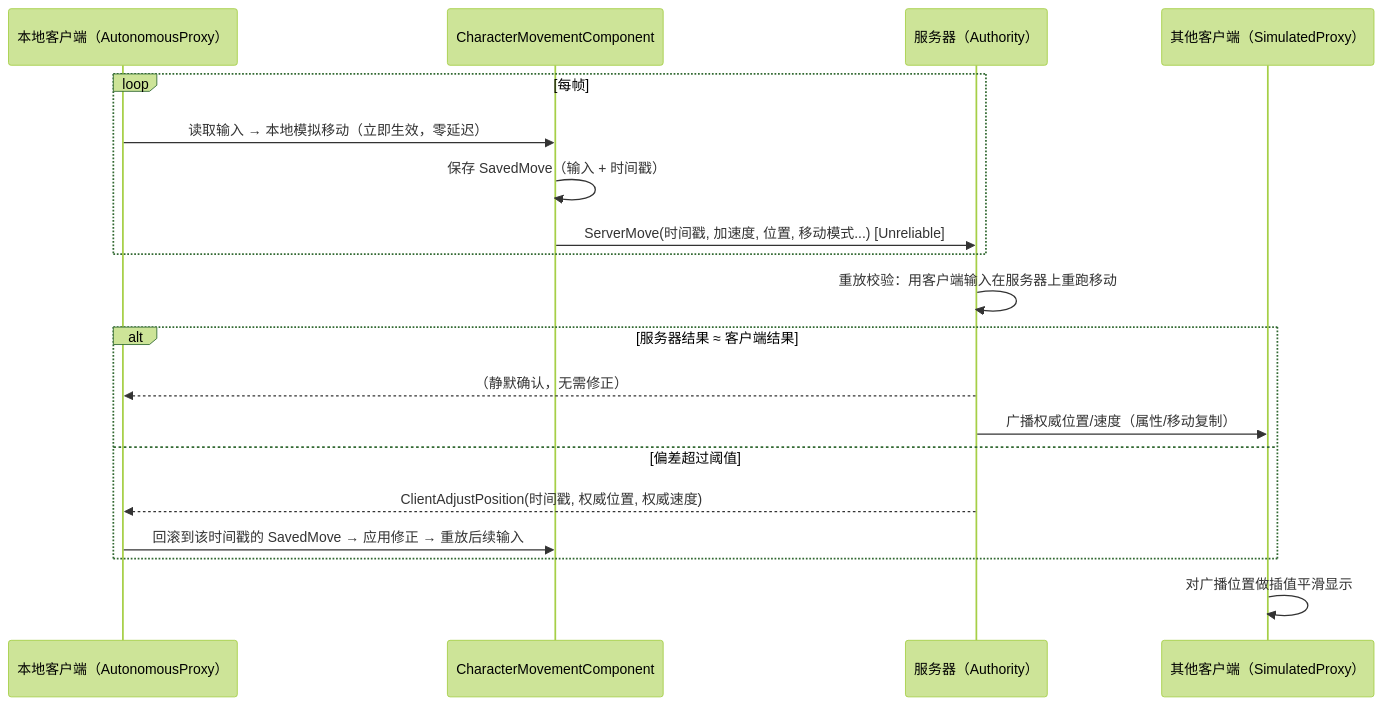
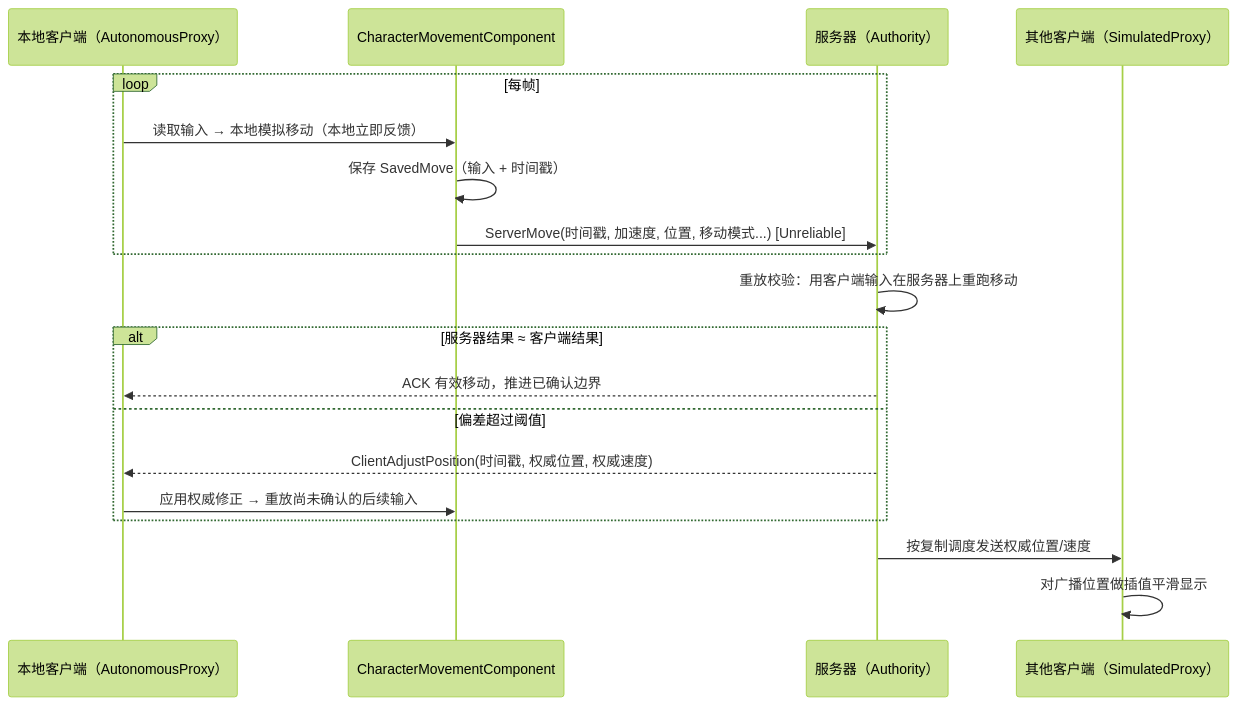
Before and after one commit to fantuan812/learning: the first of 2 diagrams in 游戏知识/06-网络同步/03-客户端预测与延迟补偿.md, drawn with Mermaid (forest theme). The commit also changed other lines of this file and 5 other files, not shown here.

````diff
--- a/游戏知识/06-网络同步/03-客户端预测与延迟补偿.md
+++ b/游戏知识/06-网络同步/03-客户端预测与延迟补偿.md
@@ -59,22 +67,22 @@
 ```mermaid
 sequenceDiagram
     participant L as 本地客户端（AutonomousProxy）
     participant CMC as CharacterMovementComponent
     participant S as 服务器（Authority）
     participant O as 其他客户端（SimulatedProxy）
 
     loop 每帧
-        L->>CMC: 读取输入 → 本地模拟移动（立即生效，零延迟）
+        L->>CMC: 读取输入 → 本地模拟移动（本地立即反馈）
         CMC->>CMC: 保存 SavedMove（输入 + 时间戳）
         CMC->>S: ServerMove(时间戳, 加速度, 位置, 移动模式...) [Unreliable]
     end
     S->>S: 重放校验：用客户端输入在服务器上重跑移动
     alt 服务器结果 ≈ 客户端结果
-        S-->>L: （静默确认，无需修正）
-        S->>O: 广播权威位置/速度（属性/移动复制）
+        S-->>L: ACK 有效移动，推进已确认边界
     else 偏差超过阈值
         S-->>L: ClientAdjustPosition(时间戳, 权威位置, 权威速度)
-        L->>CMC: 回滚到该时间戳的 SavedMove → 应用修正 → 重放后续输入
+        L->>CMC: 应用权威修正 → 重放尚未确认的后续输入
     end
+    S->>O: 按复制调度发送权威位置/速度
     O->>O: 对广播位置做插值平滑显示
 ```
````
